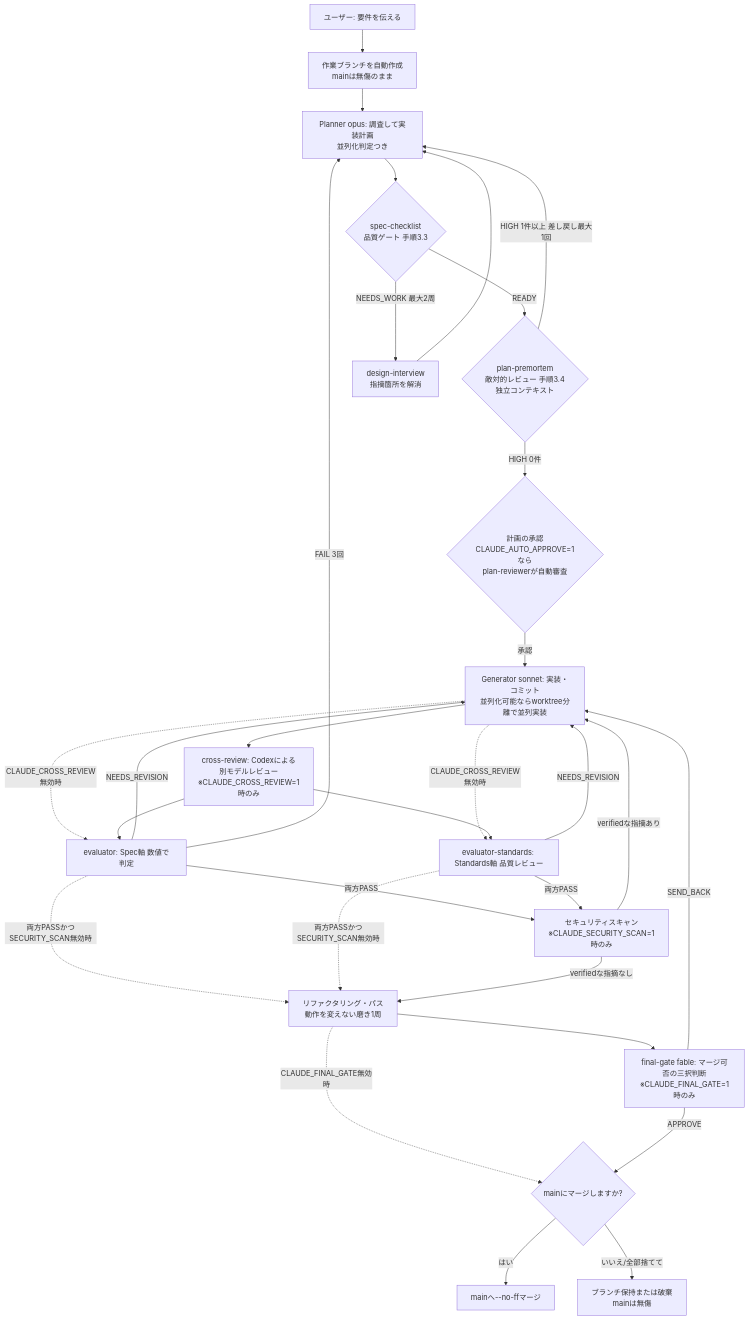
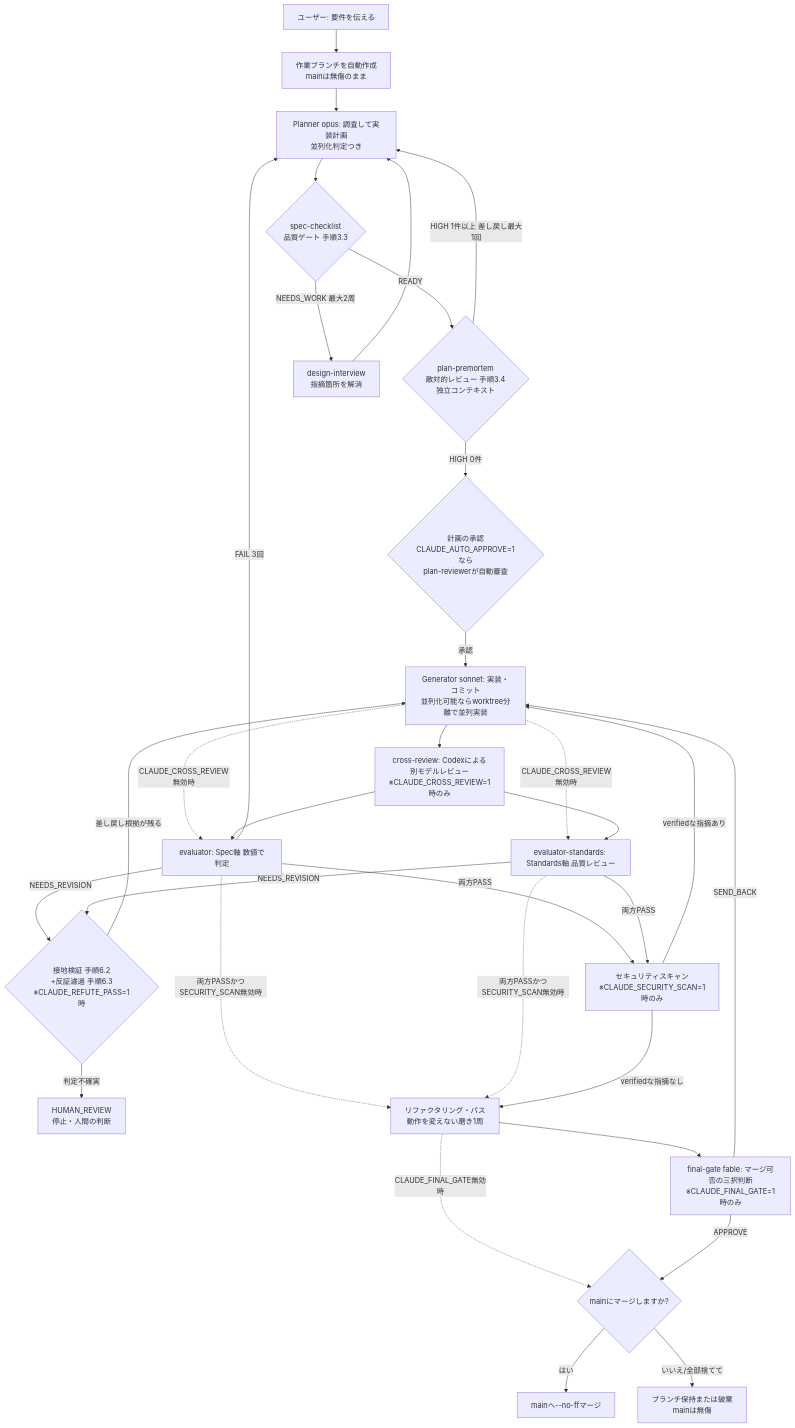
Before and after one commit to takayoshitoyoda05/claude-ml-template: the first of 2 diagrams in README.md, drawn with Mermaid. The commit also changed other lines of this file and 1 other file, not shown here.

````diff
--- a/README.md
+++ b/README.md
@@ -7,29 +7,31 @@
 ```mermaid
 flowchart TD
     A[ユーザー: 要件を伝える] --> BR[作業ブランチを自動作成<br>mainは無傷のまま]
     BR --> B[Planner opus: 調査して実装計画<br>並列化判定つき]
     B --> SC{spec-checklist<br>品質ゲート 手順3.3}
     SC -->|READY| PM{plan-premortem<br>敵対的レビュー 手順3.4<br>独立コンテキスト}
     SC -->|NEEDS_WORK 最大2周| DI[design-interview<br>指摘箇所を解消]
     DI --> B
     PM -->|HIGH 0件| C{計画の承認<br>CLAUDE_AUTO_APPROVE=1なら<br>plan-reviewerが自動審査}
     PM -->|HIGH 1件以上 差し戻し最大1回| B
     C -->|承認| D[Generator sonnet: 実装・コミット<br>並列化可能ならworktree分離で並列実装]
     D --> X[cross-review: Codexによる<br>別モデルレビュー<br>※CLAUDE_CROSS_REVIEW=1時のみ]
     D -.->|CLAUDE_CROSS_REVIEW無効時| E
     D -.->|CLAUDE_CROSS_REVIEW無効時| F
     X --> E[evaluator: Spec軸 数値で判定]
     X --> F[evaluator-standards: Standards軸 品質レビュー]
     E & F -->|両方PASS| AD[セキュリティスキャン<br>※CLAUDE_SECURITY_SCAN=1時のみ]
-    E & F -->|NEEDS_REVISION| D
+    E & F -->|NEEDS_REVISION| GV{接地検証 手順6.2<br>+反証濾過 手順6.3<br>※CLAUDE_REFUTE_PASS=1時}
+    GV -->|差し戻し根拠が残る| D
+    GV -->|判定不確実| HR[HUMAN_REVIEW<br>停止・人間の判断]
     E -->|FAIL 3回| B
     E & F -.->|両方PASSかつSECURITY_SCAN無効時| P
     AD -->|verifiedな指摘なし| P[リファクタリング・パス<br>動作を変えない磨き1周]
     AD -->|verifiedな指摘あり| D
     P --> FG[final-gate fable: マージ可否の三択判断<br>※CLAUDE_FINAL_GATE=1時のみ]
     P -.->|CLAUDE_FINAL_GATE無効時| M
     FG -->|APPROVE| M{mainにマージしますか?}
     FG -->|SEND_BACK| D
     M -->|はい| G[mainへ--no-ffマージ]
     M -->|いいえ/全部捨てて| K[ブランチ保持または破棄<br>mainは無傷]
 ```
````
